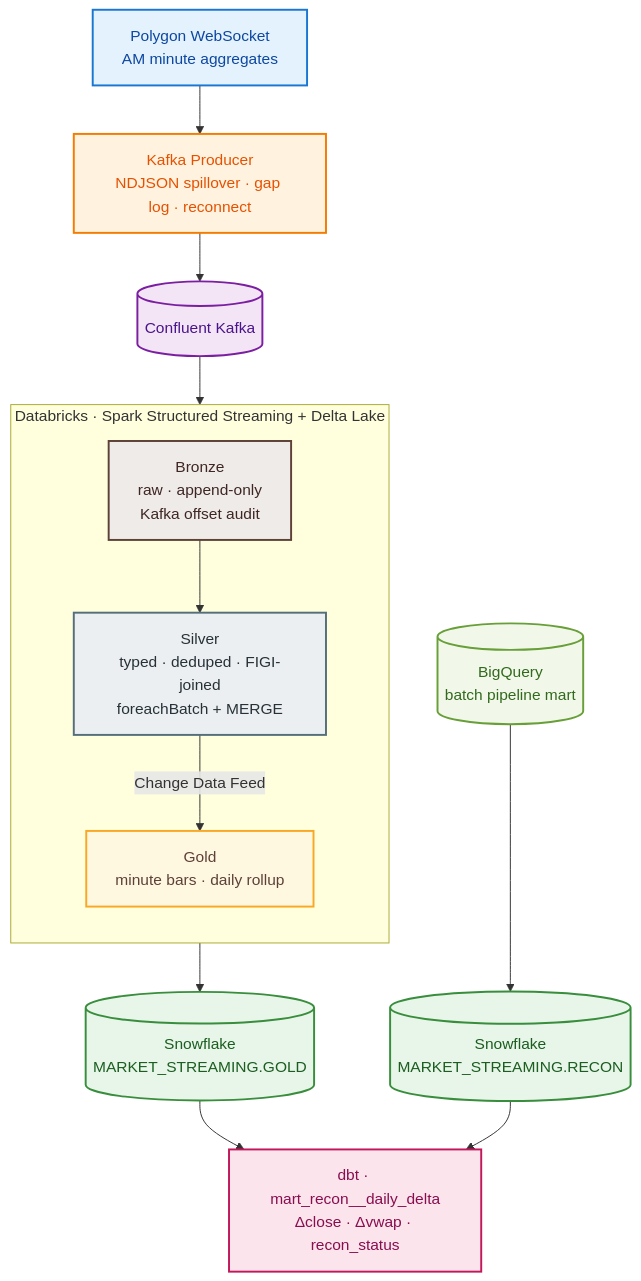
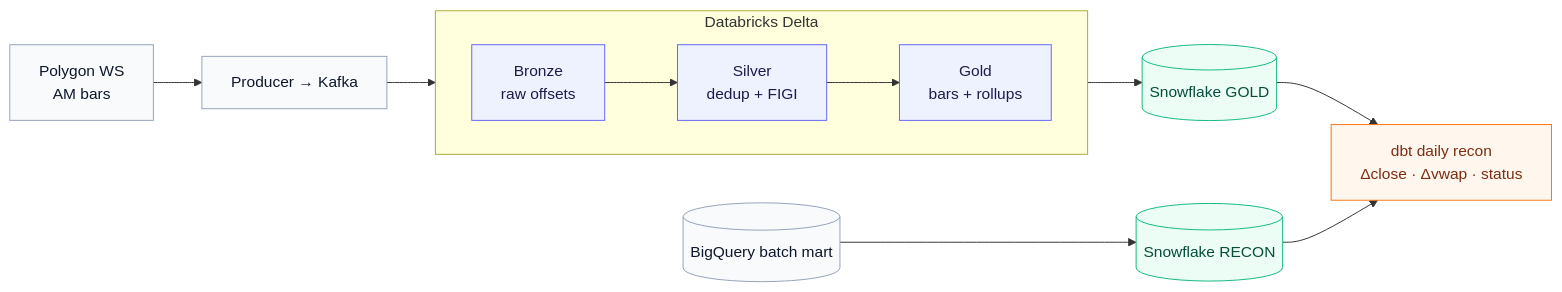
Before and after one commit to athapar/market-streaming-platform: the diagram in README.md, drawn with Mermaid.

Commit message:
docs: update architecture mermaid diagram for conciseness

````diff
--- a/README.md
+++ b/README.md
@@ -7,32 +7,26 @@
 ```mermaid
-flowchart TD
-    P[Polygon WebSocket<br/>AM minute aggregates]:::src --> PR[Kafka Producer<br/>NDJSON spillover · gap log · reconnect]:::svc
-    PR --> K[(Confluent Kafka)]:::broker
+flowchart LR
+    P[Polygon WS<br/>AM bars] --> K[Producer → Kafka]
 
-    subgraph DBR[Databricks · Spark Structured Streaming + Delta Lake]
-        direction TB
-        B[Bronze<br/>raw · append-only<br/>Kafka offset audit]:::bronze
-        S[Silver<br/>typed · deduped · FIGI-joined<br/>foreachBatch + MERGE]:::silver
-        G[Gold<br/>minute bars · daily rollup]:::gold
-        B --> S
-        S -->|Change Data Feed| G
+    subgraph D[Databricks Delta]
+        direction LR
+        B[Bronze<br/>raw offsets] --> S[Silver<br/>dedup + FIGI] --> G[Gold<br/>bars + rollups]
     end
 
     K --> B
-    G --> SFG[(Snowflake<br/>MARKET_STREAMING.GOLD)]:::sf
+    G --> SF1[(Snowflake GOLD)]
+    BQ[(BigQuery batch mart)] --> SF2[(Snowflake RECON)]
 
-    BQ[(BigQuery<br/>batch pipeline mart)]:::batch --> SFR[(Snowflake<br/>MARKET_STREAMING.RECON)]:::sf
+    SF1 --> R[dbt daily recon<br/>Δclose · Δvwap · status]
+    SF2 --> R
 
-    SFG --> DBT[dbt · mart_recon__daily_delta<br/>Δclose · Δvwap · recon_status]:::out
-    SFR --> DBT
+    classDef node fill:#f8fafc,stroke:#94a3b8,color:#0f172a
+    classDef delta fill:#eef2ff,stroke:#6366f1,color:#1e1b4b
+    classDef wh fill:#ecfdf5,stroke:#10b981,color:#064e3b
+    classDef out fill:#fff7ed,stroke:#f97316,color:#7c2d12
 
-    classDef src fill:#e3f2fd,stroke:#1976d2,stroke-width:2px,color:#0d47a1
-    classDef svc fill:#fff3e0,stroke:#f57c00,stroke-width:2px,color:#e65100
-    classDef broker fill:#f3e5f5,stroke:#7b1fa2,stroke-width:2px,color:#4a148c
-    classDef bronze fill:#efebe9,stroke:#5d4037,stroke-width:2px,color:#3e2723
-    classDef silver fill:#eceff1,stroke:#546e7a,stroke-width:2px,color:#263238
-    classDef gold fill:#fff8e1,stroke:#f9a825,stroke-width:2px,color:#5d4037
-    classDef sf fill:#e8f5e9,stroke:#388e3c,stroke-width:2px,color:#1b5e20
-    classDef batch fill:#f1f8e9,stroke:#689f38,stroke-width:2px,color:#33691e
-    classDef out fill:#fce4ec,stroke:#c2185b,stroke-width:2px,color:#880e4f
+    class P,K,BQ node
+    class B,S,G delta
+    class SF1,SF2 wh
+    class R out
 ```
````
